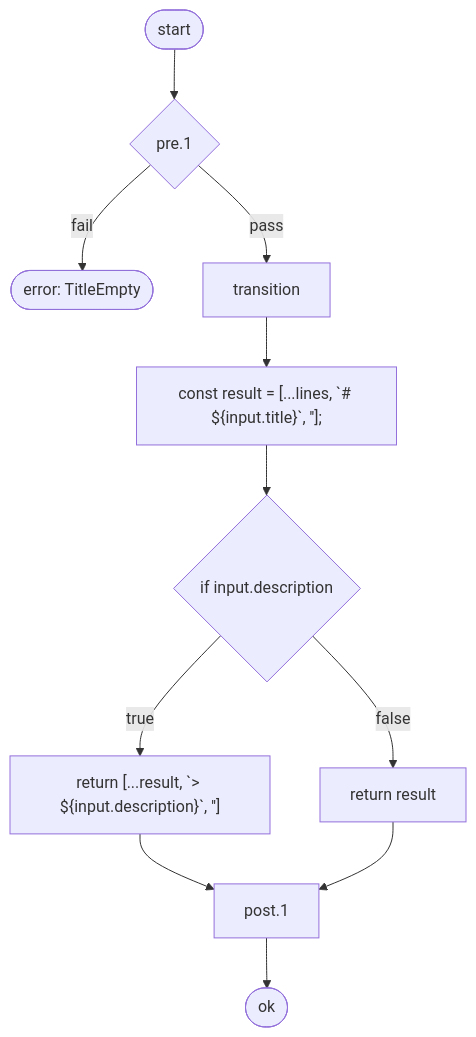
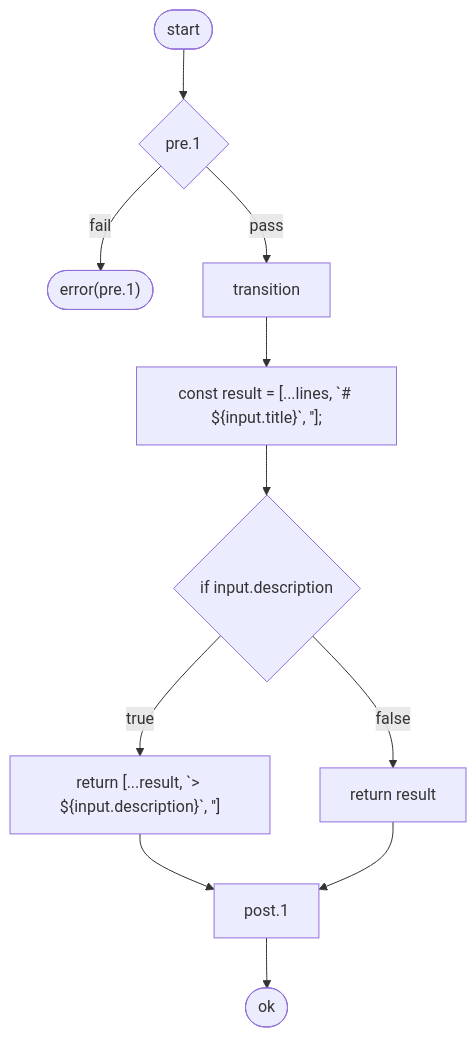
The tenth of 13 diagrams in packages/kata-cli/docs/contracts.md (fyuuki0jp/seizu), drawn with Mermaid before and after one commit. The commit also changed other lines of this file and 78 other files, not shown here.

````diff
--- a/packages/kata-cli/docs/contracts.md
+++ b/packages/kata-cli/docs/contracts.md
@@ -729,23 +729,23 @@
 ```mermaid
 flowchart TD
   n1(["start"])
   n2(["ok"])
   n3{"pre.1"}
-  n4(["error: TitleEmpty"])
+  n4(["error(pre.1)"])
   n5["transition"]
   n6["const result = [...lines, `# ${input.title}`, ''];"]
   n7{"if input.description"}
   n8["return [...result, `> ${input.description}`, '']"]
   n9["return result"]
   n10["post.1"]
   n1 --> n3
   n3 -->|fail| n4
   n3 -->|pass| n5
   n5 --> n6
   n6 --> n7
   n7 -->|true| n8
   n7 -->|false| n9
   n8 --> n10
   n9 --> n10
   n10 --> n2
 ```
````
